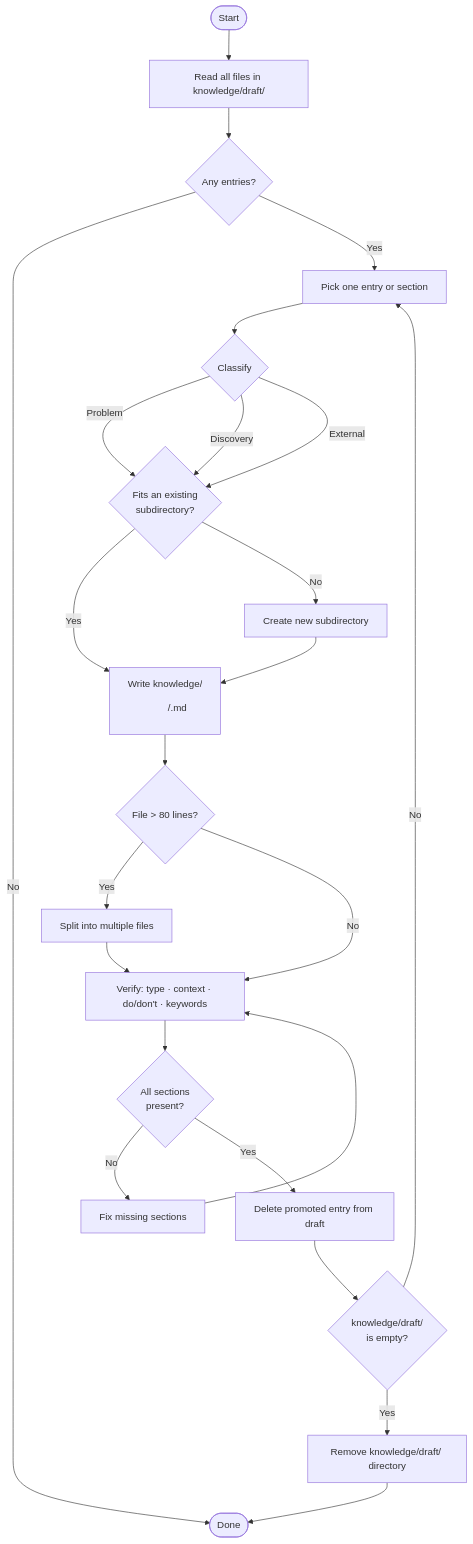
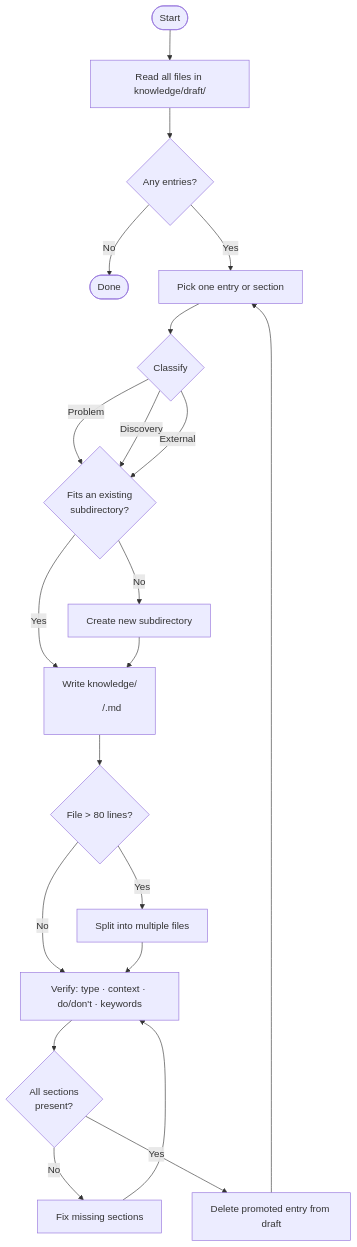
The diagram in procedures/librarian.md (s-age/perclst), drawn with Mermaid before and after one commit. The commit also changed 1 other file, not shown here.

Commit message:
fix(librarian): stop deleting knowledge/draft/ — preserved by .gitkeep

````diff
--- a/procedures/librarian.md
+++ b/procedures/librarian.md
@@ -5,32 +5,29 @@
 ```mermaid
 flowchart TD
     Start([Start]) --> ReadDraft[Read all files in knowledge/draft/]
     ReadDraft --> AnyEntries{Any entries?}
     AnyEntries -- No --> Done([Done])
     AnyEntries -- Yes --> PickEntry[Pick one entry or section]
 
     PickEntry --> Classify{Classify}
     Classify -- Problem --> FindDir
     Classify -- Discovery --> FindDir
     Classify -- External --> FindDir
 
     FindDir{Fits an existing\nsubdirectory?}
     FindDir -- Yes --> WriteFile[Write knowledge/<dir>/<file>.md]
     FindDir -- No --> CreateDir[Create new subdirectory]
     CreateDir --> WriteFile
 
     WriteFile --> TooLong{File > 80 lines?}
     TooLong -- Yes --> Split[Split into multiple files]
     TooLong -- No --> Verify
 
     Split --> Verify[Verify: type · context · do/don't · keywords]
     Verify --> Valid{All sections\npresent?}
     Valid -- No --> Fix[Fix missing sections]
     Fix --> Verify
     Valid -- Yes --> DeleteEntry[Delete promoted entry from draft]
 
-    DeleteEntry --> DraftEmpty{knowledge/draft/\nis empty?}
-    DraftEmpty -- Yes --> RemoveDir[Remove knowledge/draft/ directory]
-    RemoveDir --> Done
-    DraftEmpty -- No --> PickEntry
+    DeleteEntry --> PickEntry
 ```
````
